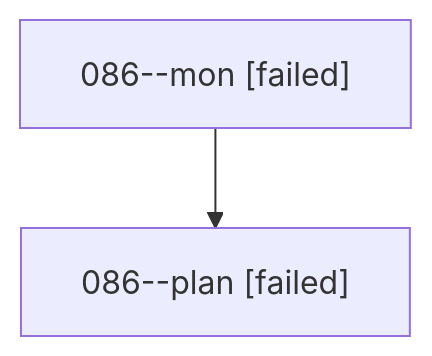
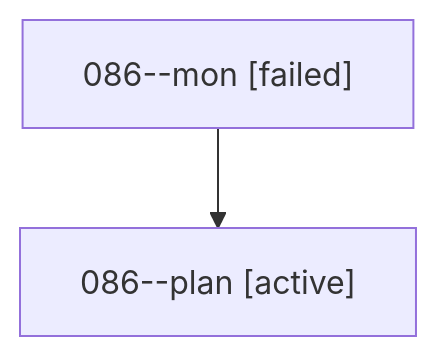
Before and after one commit to sase-org/sase--agents: the diagram in families/bbugyi200.athena.086.md, drawn with Mermaid. The commit also changed other lines of this file and 35830 other files, not shown here.

````diff
--- a/families/bbugyi200.athena.086.md
+++ b/families/bbugyi200.athena.086.md
@@ -9,6 +9,6 @@
 ```mermaid
 flowchart TD
   n0["086--mon [failed]"]
-  n1["086--plan [failed]"]
+  n1["086--plan [active]"]
   n0 --> n1
 ```
````
